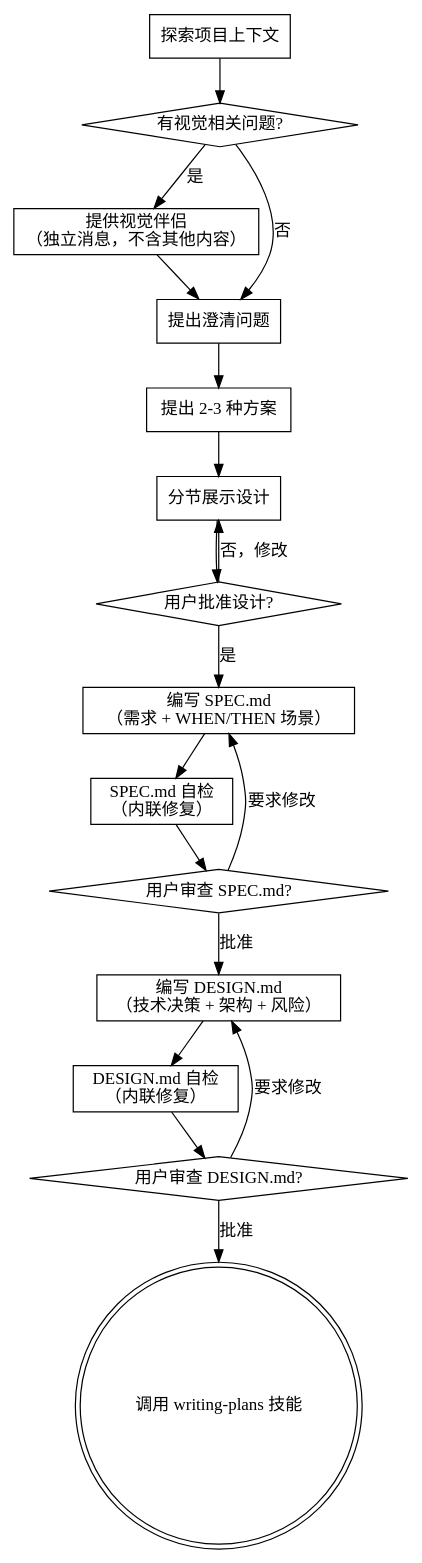
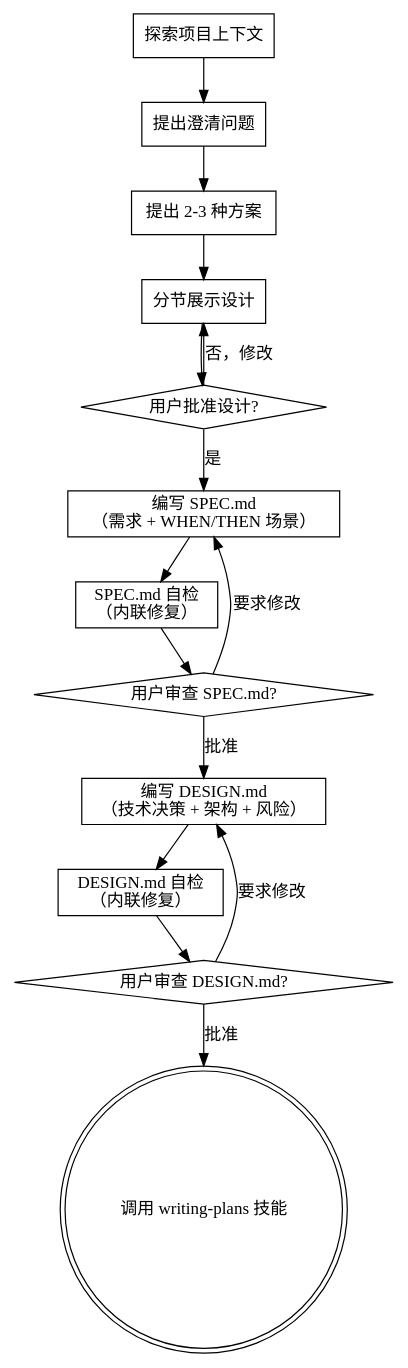
One commit to chenmr0/superpowers-cn changed the diagram in skills/brainstorming/SKILL.md. Above: the diagram before and after it, drawn with Graphviz. The commit also changed other lines of this file and 6 other files, not shown here.

````diff
--- a/skills/brainstorming/SKILL.md
+++ b/skills/brainstorming/SKILL.md
@@ -38,36 +37,31 @@
 ```dot
 digraph brainstorming {
     "探索项目上下文" [shape=box];
-    "有视觉相关问题?" [shape=diamond];
-    "提供视觉伴侣\n（独立消息，不含其他内容）" [shape=box];
     "提出澄清问题" [shape=box];
     "提出 2-3 种方案" [shape=box];
     "分节展示设计" [shape=box];
     "用户批准设计?" [shape=diamond];
     "编写 SPEC.md\n（需求 + WHEN/THEN 场景）" [shape=box];
     "SPEC.md 自检\n（内联修复）" [shape=box];
     "用户审查 SPEC.md?" [shape=diamond];
     "编写 DESIGN.md\n（技术决策 + 架构 + 风险）" [shape=box];
     "DESIGN.md 自检\n（内联修复）" [shape=box];
     "用户审查 DESIGN.md?" [shape=diamond];
     "调用 writing-plans 技能" [shape=doublecircle];
 
-    "探索项目上下文" -> "有视觉相关问题?";
-    "有视觉相关问题?" -> "提供视觉伴侣\n（独立消息，不含其他内容）" [label="是"];
-    "有视觉相关问题?" -> "提出澄清问题" [label="否"];
-    "提供视觉伴侣\n（独立消息，不含其他内容）" -> "提出澄清问题";
+    "探索项目上下文" -> "提出澄清问题";
     "提出澄清问题" -> "提出 2-3 种方案";
     "提出 2-3 种方案" -> "分节展示设计";
     "分节展示设计" -> "用户批准设计?";
     "用户批准设计?" -> "分节展示设计" [label="否，修改"];
     "用户批准设计?" -> "编写 SPEC.md\n（需求 + WHEN/THEN 场景）" [label="是"];
     "编写 SPEC.md\n（需求 + WHEN/THEN 场景）" -> "SPEC.md 自检\n（内联修复）";
     "SPEC.md 自检\n（内联修复）" -> "用户审查 SPEC.md?";
     "用户审查 SPEC.md?" -> "编写 SPEC.md\n（需求 + WHEN/THEN 场景）" [label="要求修改"];
     "用户审查 SPEC.md?" -> "编写 DESIGN.md\n（技术决策 + 架构 + 风险）" [label="批准"];
     "编写 DESIGN.md\n（技术决策 + 架构 + 风险）" -> "DESIGN.md 自检\n（内联修复）";
     "DESIGN.md 自检\n（内联修复）" -> "用户审查 DESIGN.md?";
     "用户审查 DESIGN.md?" -> "编写 DESIGN.md\n（技术决策 + 架构 + 风险）" [label="要求修改"];
     "用户审查 DESIGN.md?" -> "调用 writing-plans 技能" [label="批准"];
 }
 ```
````
